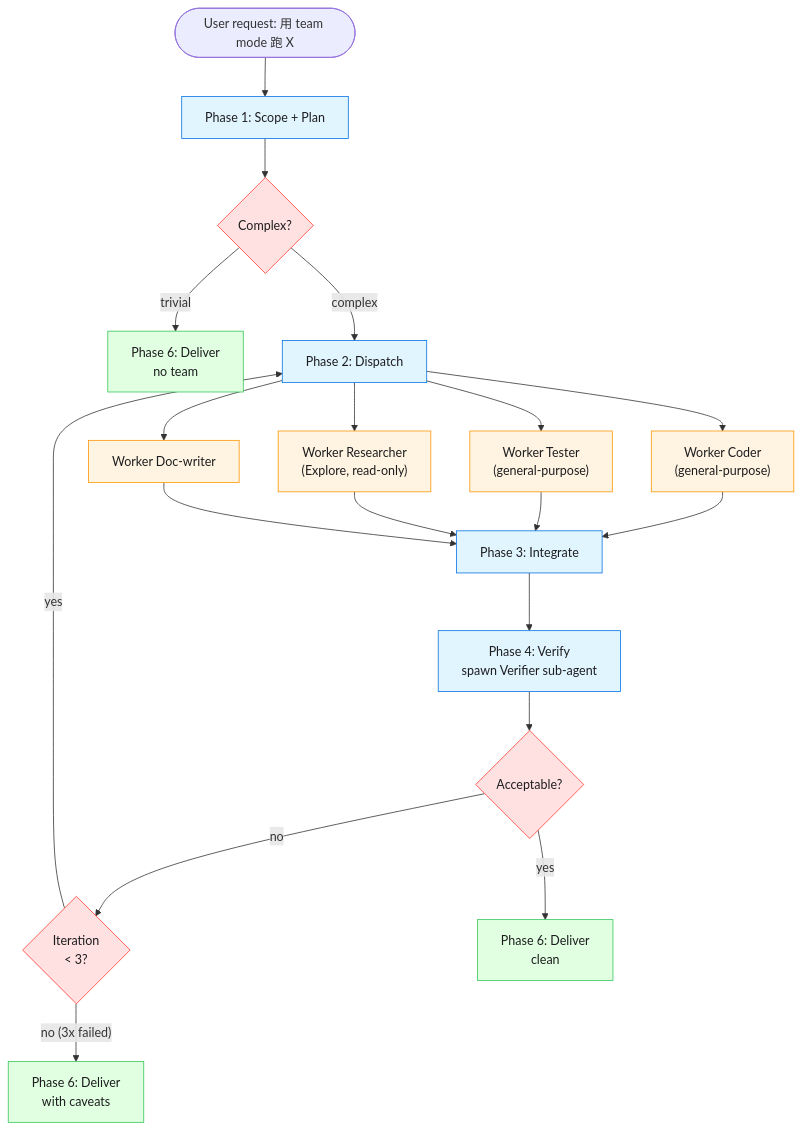
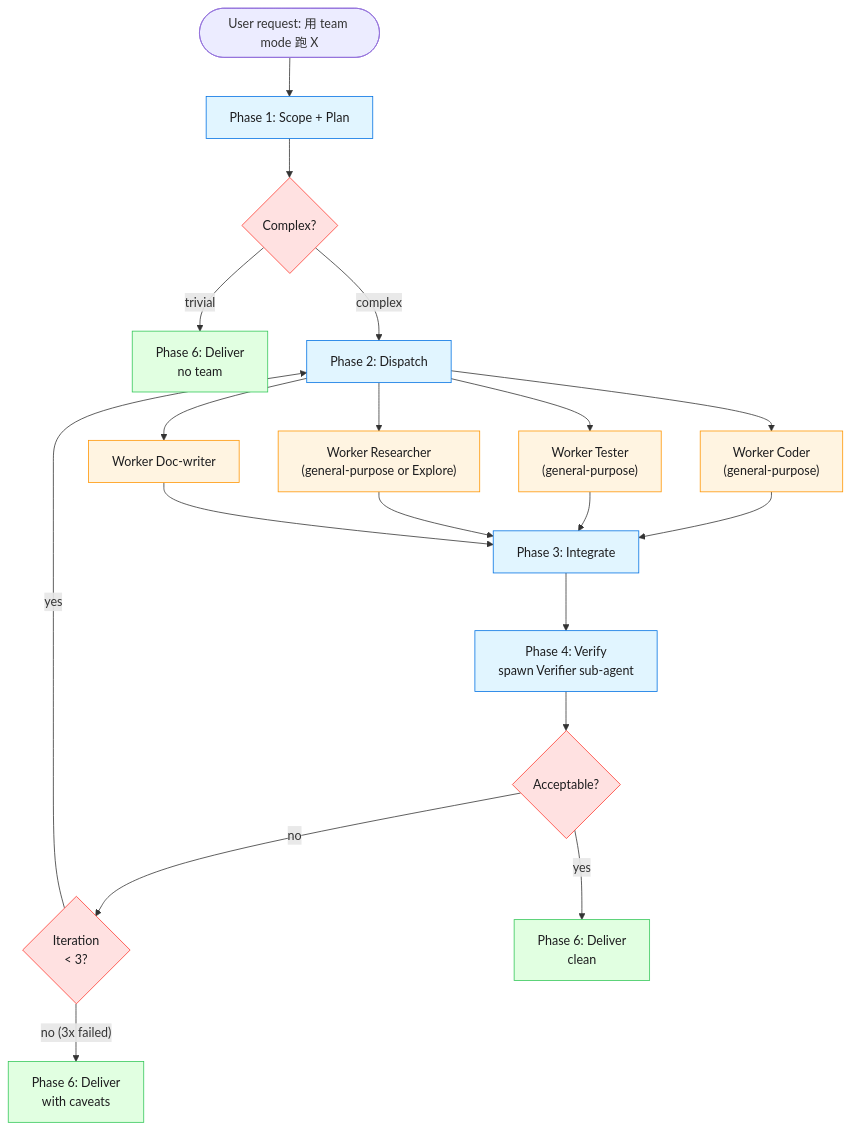
One commit to Qqapple1/Mavis-team-mode-skill changed the diagram in docs/ARCHITECTURE.md. Above: the diagram before and after it, drawn with Mermaid. The commit also changed other lines of this file and 2 other files, not shown here.

First line of the commit message:
v1.3.19 docs audit: fix 9 stale numbers/claims across README/ARCHITECTURE/PERFORMANCE

````diff
--- a/docs/ARCHITECTURE.md
+++ b/docs/ARCHITECTURE.md
@@ -85,40 +85,40 @@
 ```mermaid
 flowchart TB
     User(["User request: 用 team mode 跑 X"])
 
     User --> P1
     P1[Phase 1: Scope + Plan]
     P1 --> Decision{Complex?}
     Decision -- "trivial" --> P6a[Phase 6: Deliver<br/>no team]
     Decision -- "complex" --> P2
 
     P2[Phase 2: Dispatch]
     P2 --> W1["Worker Coder<br/>(general-purpose)"]
     P2 --> W2["Worker Tester<br/>(general-purpose)"]
-    P2 --> W3["Worker Researcher<br/>(Explore, read-only)"]
+    P2 --> W3["Worker Researcher<br/>(general-purpose or Explore)"]
     P2 --> W4["Worker Doc-writer"]
 
     W1 --> P3
     W2 --> P3
     W3 --> P3
     W4 --> P3
 
     P3[Phase 3: Integrate]
     P3 --> P4[Phase 4: Verify<br/>spawn Verifier sub-agent]
 
     P4 --> Verdict{Acceptable?}
     Verdict -- "no" --> Iterations{Iteration<br/>< 3?}
     Iterations -- "yes" --> P2
     Iterations -- "no (3x failed)" --> P6b[Phase 6: Deliver<br/>with caveats]
     Verdict -- "yes" --> P6c[Phase 6: Deliver<br/>clean]
 
     classDef phase fill:#e1f5ff,stroke:#0071e3,color:#1d1d1f
     classDef worker fill:#fff4e1,stroke:#ff9500,color:#1d1d1f
     classDef decision fill:#ffe1e1,stroke:#ff3b30,color:#1d1d1f
     classDef deliver fill:#e1ffe1,stroke:#34c759,color:#1d1d1f
 
     class P1,P2,P3,P4 phase
     class W1,W2,W3,W4 worker
     class Decision,Verdict,Iterations decision
     class P6a,P6b,P6c deliver
 ```
````
